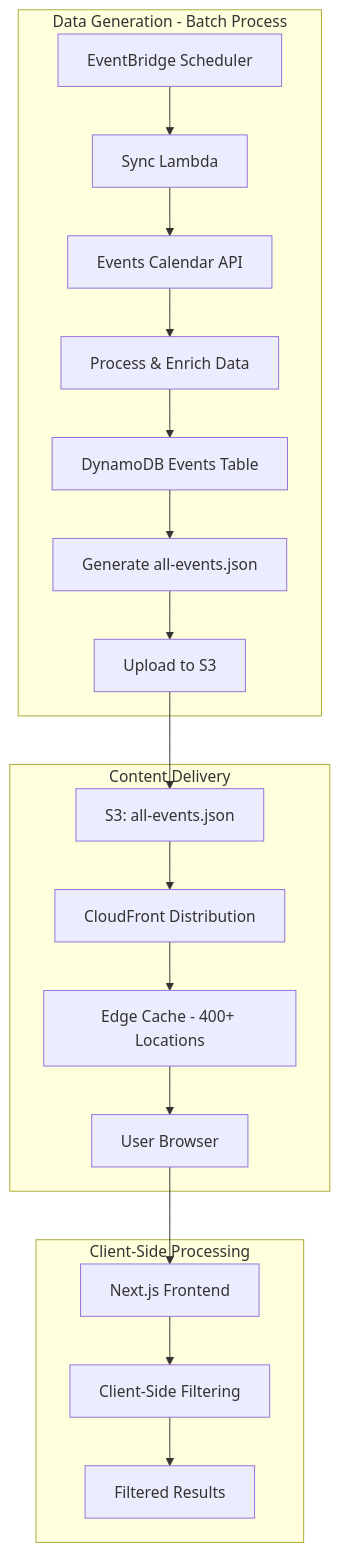
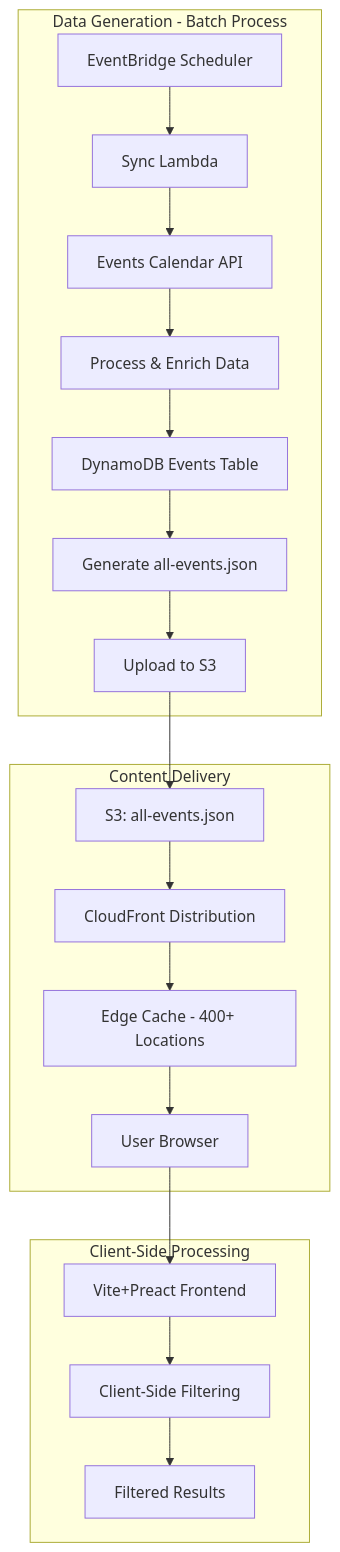
Before and after one commit to bbernstein/chq-calendar: the second of 5 diagrams in docs/CACHING_ARCHITECTURE.md, drawn with Mermaid. The commit also changed 22 other files, not shown here.

````diff
--- a/docs/CACHING_ARCHITECTURE.md
+++ b/docs/CACHING_ARCHITECTURE.md
@@ -42,24 +42,24 @@
 ```mermaid
 graph TB
     subgraph DataGeneration[Data Generation - Batch Process]
         Schedule[EventBridge Scheduler] --> Lambda[Sync Lambda]
         Lambda --> API[Events Calendar API]
         API --> Process[Process & Enrich Data]
         Process --> DDB[DynamoDB Events Table]
         DDB --> Generate[Generate all-events.json]
         Generate --> Upload[Upload to S3]
     end
     
     subgraph ContentDelivery[Content Delivery]
         Upload --> S3File[S3: all-events.json]
         S3File --> CloudFront[CloudFront Distribution]
         CloudFront --> EdgeCache[Edge Cache - 400+ Locations]
         EdgeCache --> Browser[User Browser]
     end
     
     subgraph ClientSide[Client-Side Processing]
-        Browser --> Frontend[Next.js Frontend]
+        Browser --> Frontend[Vite+Preact Frontend]
         Frontend --> Filter[Client-Side Filtering]
         Filter --> Display[Filtered Results]
     end
 ```
````
